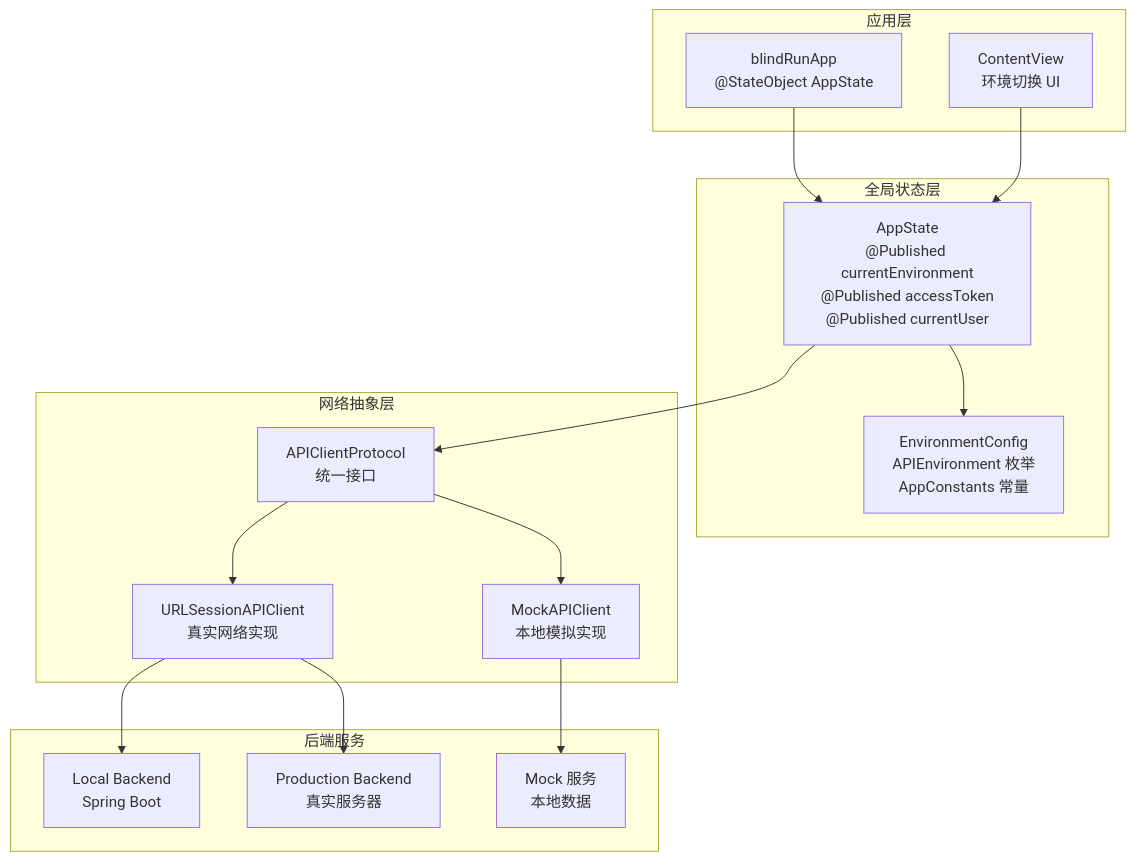
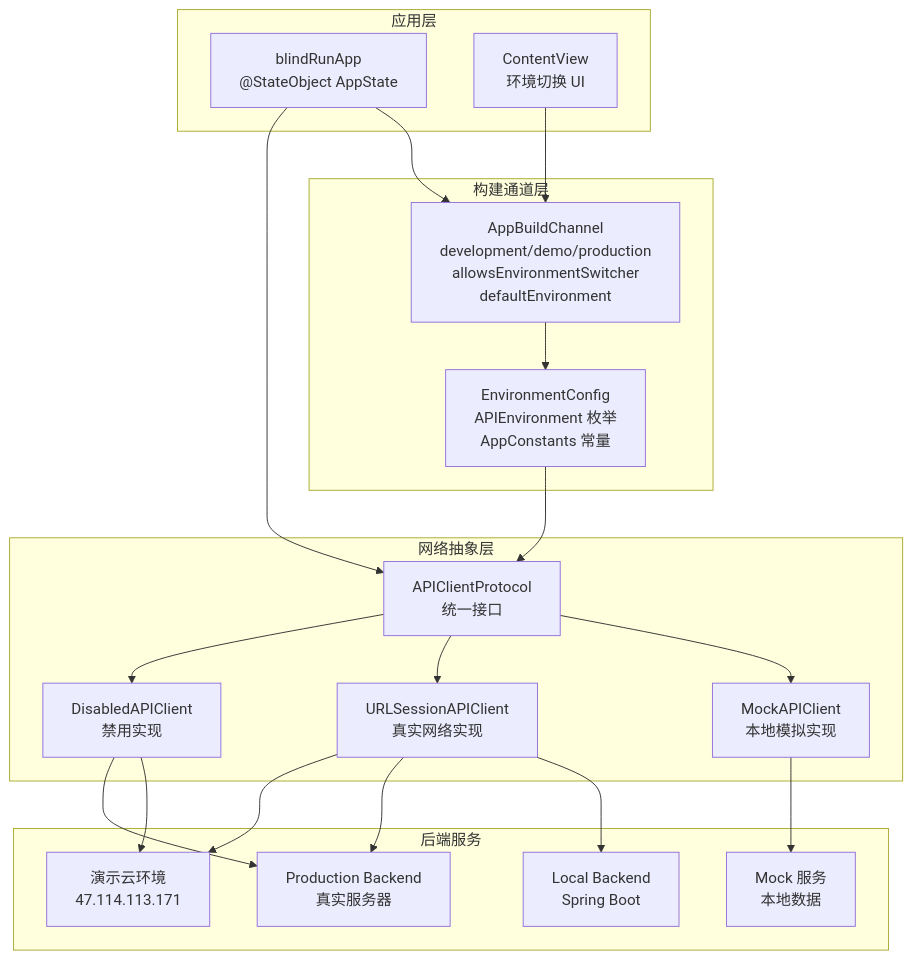
The second of 8 diagrams in .qoder/repowiki/zh/content/架构设计/API 环境配置.md (Jayden23018/blind-run-ios), drawn with Mermaid before and after one commit. The commit also changed other lines of this file and 20 other files, not shown here.

Commit message:
Implement demo and production iOS build channel strategy

````diff
--- a/.qoder/repowiki/zh/content/架构设计/API 环境配置.md
+++ b/.qoder/repowiki/zh/content/架构设计/API 环境配置.md
@@ -123,30 +149,37 @@
 ```mermaid
 graph TB
-subgraph "全局状态层"
-AS["AppState<br/>@Published currentEnvironment<br/>@Published accessToken<br/>@Published currentUser"]
+subgraph "构建通道层"
+BC["AppBuildChannel<br/>development/demo/production<br/>allowsEnvironmentSwitcher<br/>defaultEnvironment"]
 END["EnvironmentConfig<br/>APIEnvironment 枚举<br/>AppConstants 常量"]
 end
 subgraph "网络抽象层"
 AC["APIClientProtocol<br/>统一接口"]
 MC["MockAPIClient<br/>本地模拟实现"]
 UC["URLSessionAPIClient<br/>真实网络实现"]
+DC["DisabledAPIClient<br/>禁用实现"]
 end
 subgraph "应用层"
 BA["blindRunApp<br/>@StateObject AppState"]
 CV["ContentView<br/>环境切换 UI"]
 end
 subgraph "后端服务"
 LB["Local Backend<br/>Spring Boot"]
 PRD["Production Backend<br/>真实服务器"]
 MOCK["Mock 服务<br/>本地数据"]
+DEMO["演示云环境<br/>47.114.113.171"]
 end
-AS --> END
-AS --> AC
+BC --> END
+END --> AC
 AC --> MC
 AC --> UC
-BA --> AS
-CV --> AS
+AC --> DC
+BA --> BC
+BA --> AC
+CV --> BC
 MC --> MOCK
 UC --> LB
 UC --> PRD
+UC --> DEMO
+DC --> DEMO
+DC --> PRD
 ```
````
